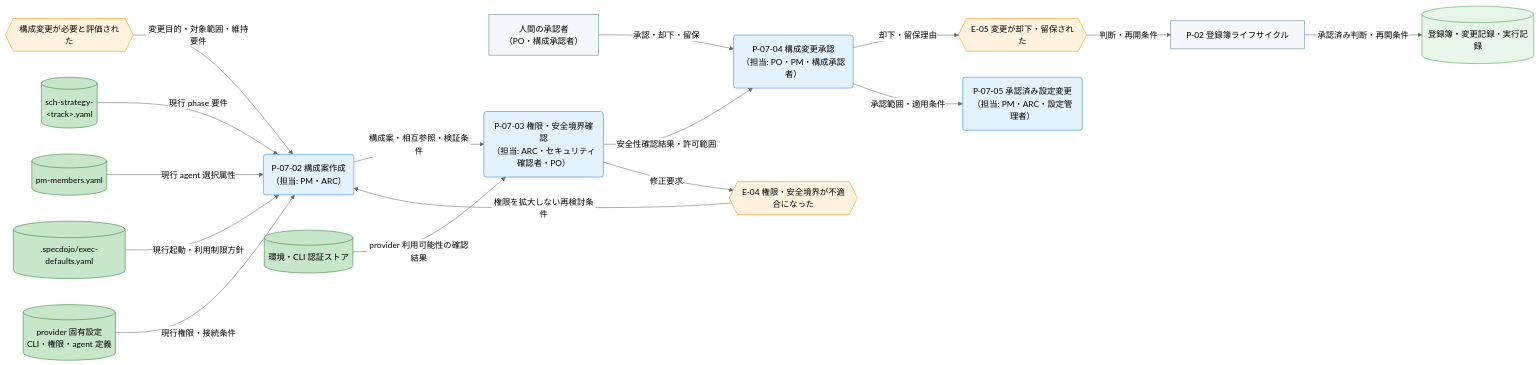
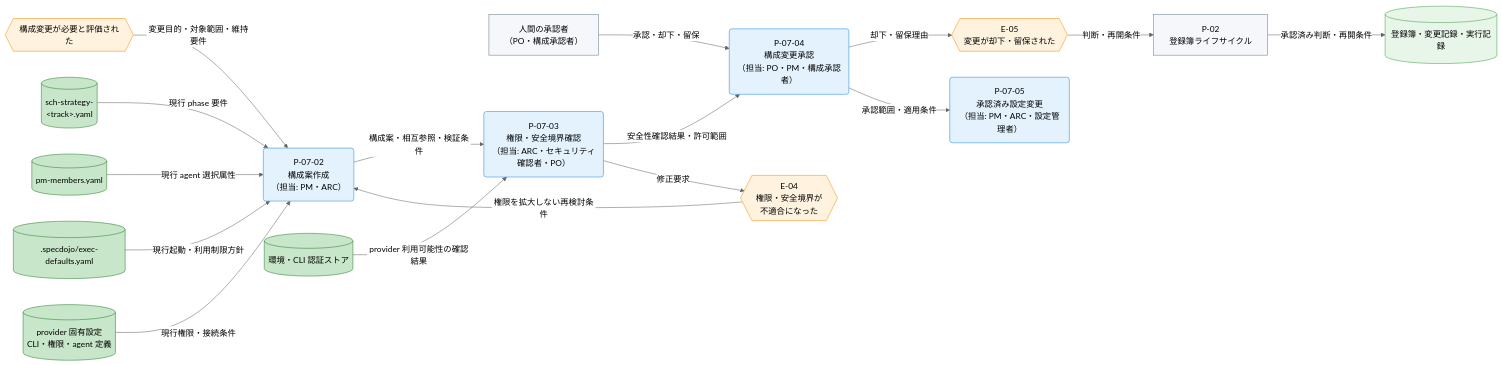
One commit to specdojo/specdojo changed the second of 3 diagrams in docs/ja/product/010-business-specs/010-data-flow/cdfd-agent-config-operation.md. Above: the diagram before and after it, drawn with Mermaid (neutral theme). The commit also changed other lines of this file and 7 other files, not shown here.

````diff
--- a/docs/ja/product/010-business-specs/010-data-flow/cdfd-agent-config-operation.md
+++ b/docs/ja/product/010-business-specs/010-data-flow/cdfd-agent-config-operation.md
@@ -90,49 +90,49 @@
 ```mermaid
 flowchart LR
   classDef process fill:#e3f2fd,stroke:#1e88e5,color:#000
   classDef event fill:#fff3e0,stroke:#fb8c00,color:#000
   classDef storeMaster fill:#c8e6c9,stroke:#2e7d32,color:#000
   classDef storeTransaction fill:#e8f5e9,stroke:#43a047,color:#000
   classDef actor fill:#f5f7fa,stroke:#607d8b,color:#000
 
   人間承認者["人間の承認者<br>（PO・構成承認者）"]
-  登録簿ライフサイクル["P-02 登録簿ライフサイクル"]
+  登録簿ライフサイクル["P-02<br>登録簿ライフサイクル"]
 
   構成変更必要{{"構成変更が必要と評価された"}}
-  安全確認不合格{{"E-04 権限・安全境界が不適合になった"}}
-  承認不成立{{"E-05 変更が却下・留保された"}}
+  安全確認不合格{{"E-04<br>権限・安全境界が<br>不適合になった"}}
+  承認不成立{{"E-05<br>変更が却下・留保された"}}
 
-  構成案作成("P-07-02 構成案作成<br>（担当: PM・ARC）")
-  権限安全境界確認("P-07-03 権限・安全境界確認<br>（担当: ARC・セキュリティ確認者・PO）")
-  構成変更承認("P-07-04 構成変更承認<br>（担当: PO・PM・構成承認者）")
-  承認済み設定変更("P-07-05 承認済み設定変更<br>（担当: PM・ARC・設定管理者）")
+  構成案作成("P-07-02<br>構成案作成<br>（担当: PM・ARC）")
+  権限安全境界確認("P-07-03<br>権限・安全境界確認<br>（担当: ARC・セキュリティ確認者・PO）")
+  構成変更承認("P-07-04<br>構成変更承認<br>（担当: PO・PM・構成承認者）")
+  承認済み設定変更("P-07-05<br>承認済み設定変更<br>（担当: PM・ARC・設定管理者）")
 
   変更実行記録[("登録簿・変更記録・実行記録")]
   スケジュール戦略[("sch-strategy-<br>&lt;track&gt;.yaml")]
   memberRoster[("pm-members.yaml")]
   provider実行既定[(".specdojo/exec-defaults.yaml")]
   provider固有設定[("provider 固有設定<br>CLI・権限・agent 定義")]
   認証ストア[("環境・CLI 認証ストア")]
 
   構成変更必要 -->|"変更目的・対象範囲・維持要件"| 構成案作成
   スケジュール戦略 -->|"現行 phase 要件"| 構成案作成
   memberRoster -->|"現行 agent 選択属性"| 構成案作成
   provider実行既定 -->|"現行起動・利用制限方針"| 構成案作成
   provider固有設定 -->|"現行権限・接続条件"| 構成案作成
   構成案作成 -->|"構成案・相互参照・検証条件"| 権限安全境界確認
   認証ストア -->|"provider 利用可能性の確認結果"| 権限安全境界確認
   権限安全境界確認 -->|"安全性確認結果・許可範囲"| 構成変更承認
   権限安全境界確認 -->|"修正要求"| 安全確認不合格
   安全確認不合格 -->|"権限を拡大しない再検討条件"| 構成案作成
   人間承認者 -->|"承認・却下・留保"| 構成変更承認
   構成変更承認 -->|"却下・留保理由"| 承認不成立
   承認不成立 -->|"判断・再開条件"| 登録簿ライフサイクル
   構成変更承認 -->|"承認範囲・適用条件"| 承認済み設定変更
   登録簿ライフサイクル -->|"承認済み判断・再開条件"| 変更実行記録
 
   class 構成案作成,権限安全境界確認,構成変更承認,承認済み設定変更 process
   class 構成変更必要,安全確認不合格,承認不成立 event
   class スケジュール戦略,memberRoster,provider実行既定,provider固有設定,認証ストア storeMaster
   class 変更実行記録 storeTransaction
   class 人間承認者,登録簿ライフサイクル actor
 ```
````
